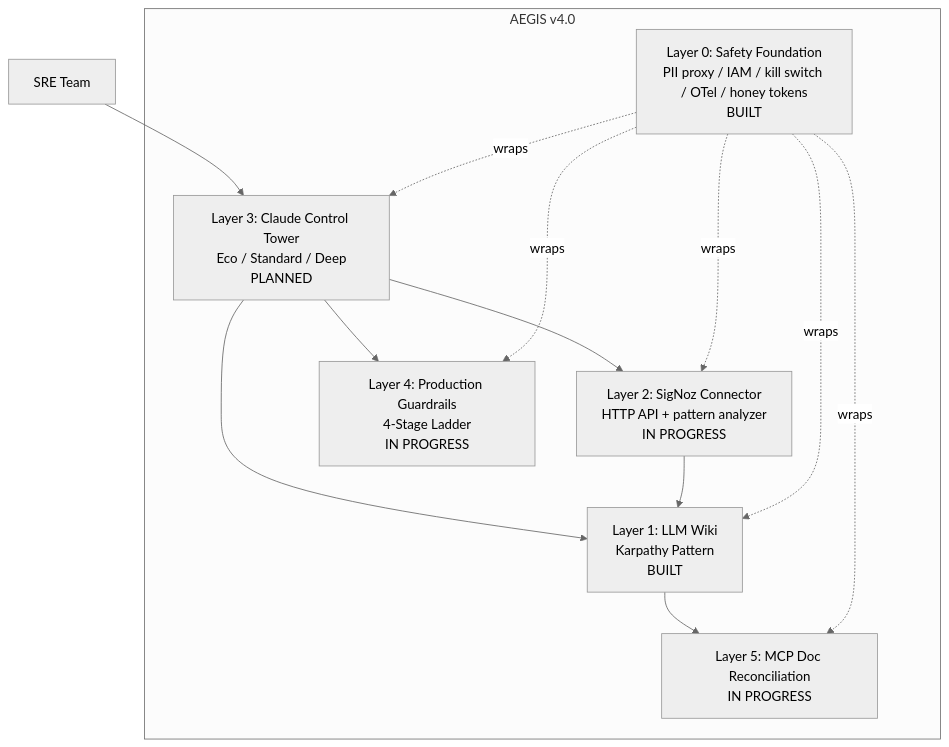
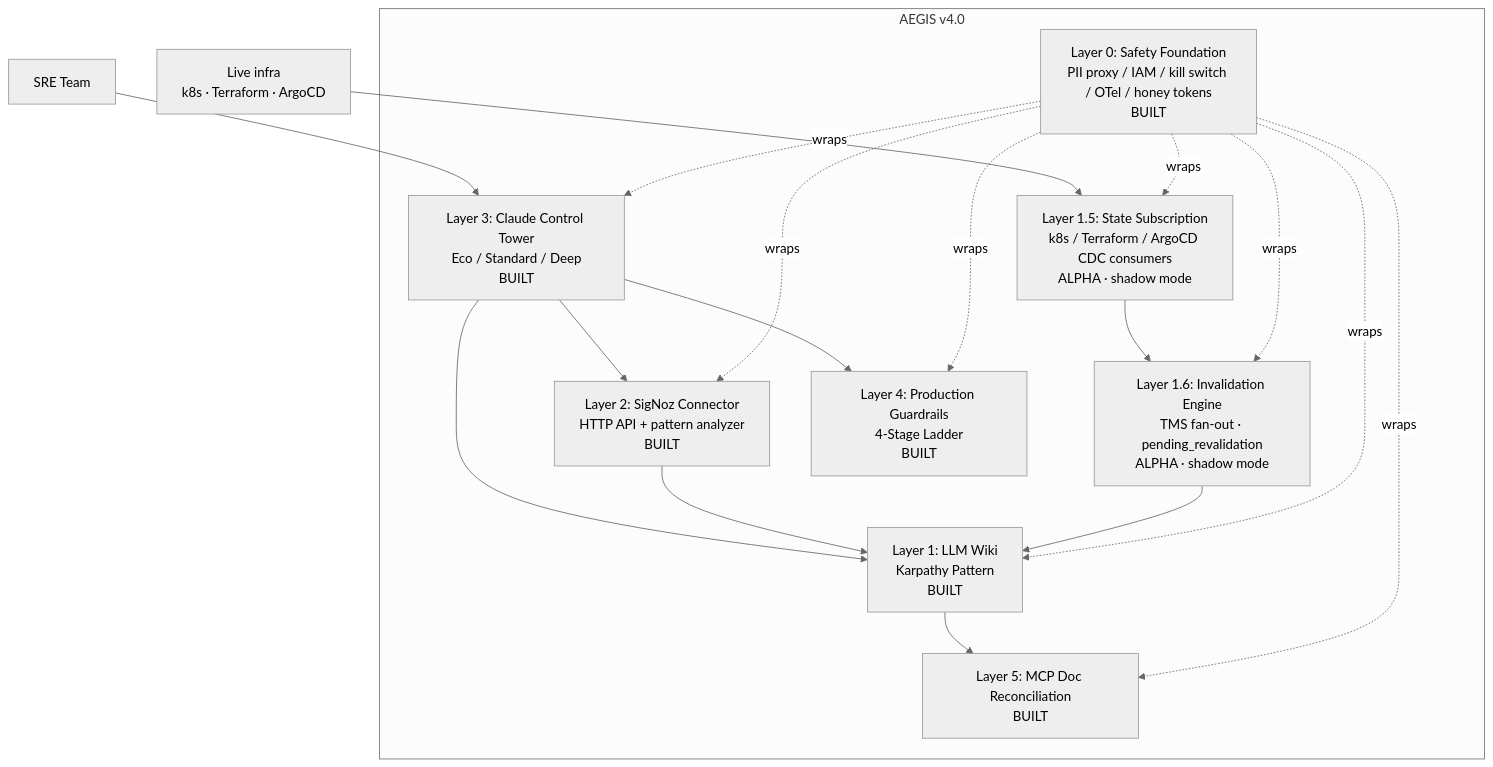
One commit to JIUNG9/aegis changed the first of 10 diagrams in docs/ARCHITECTURE.md. Above: the diagram before and after it, drawn with Mermaid (neutral theme). The commit also changed other lines of this file and 3 other files, not shown here.

First line of the commit message:
docs(aegis): Layer 1.5/1.6 design doc + README/ARCHITECTURE refresh

````diff
--- a/docs/ARCHITECTURE.md
+++ b/docs/ARCHITECTURE.md
@@ -14,22 +14,29 @@
 ```mermaid
 graph TB
   subgraph AEGIS["AEGIS v4.0"]
     L0[Layer 0: Safety Foundation<br/>PII proxy / IAM / kill switch / OTel / honey tokens<br/>BUILT]
     L1[Layer 1: LLM Wiki<br/>Karpathy Pattern<br/>BUILT]
-    L2[Layer 2: SigNoz Connector<br/>HTTP API + pattern analyzer<br/>IN PROGRESS]
-    L3[Layer 3: Claude Control Tower<br/>Eco / Standard / Deep<br/>PLANNED]
-    L4[Layer 4: Production Guardrails<br/>4-Stage Ladder<br/>IN PROGRESS]
-    L5[Layer 5: MCP Doc Reconciliation<br/>IN PROGRESS]
+    L15[Layer 1.5: State Subscription<br/>k8s / Terraform / ArgoCD CDC consumers<br/>ALPHA · shadow mode]
+    L16[Layer 1.6: Invalidation Engine<br/>TMS fan-out · pending_revalidation<br/>ALPHA · shadow mode]
+    L2[Layer 2: SigNoz Connector<br/>HTTP API + pattern analyzer<br/>BUILT]
+    L3[Layer 3: Claude Control Tower<br/>Eco / Standard / Deep<br/>BUILT]
+    L4[Layer 4: Production Guardrails<br/>4-Stage Ladder<br/>BUILT]
+    L5[Layer 5: MCP Doc Reconciliation<br/>BUILT]
   end
   User[SRE Team] --> L3
   L3 --> L1
   L3 --> L2
   L3 --> L4
   L1 --> L5
   L2 --> L1
+  Infra[Live infra<br/>k8s · Terraform · ArgoCD] --> L15
+  L15 --> L16
+  L16 --> L1
   L0 -.wraps.-> L1
+  L0 -.wraps.-> L15
+  L0 -.wraps.-> L16
   L0 -.wraps.-> L2
   L0 -.wraps.-> L3
   L0 -.wraps.-> L4
   L0 -.wraps.-> L5
 ```
````
